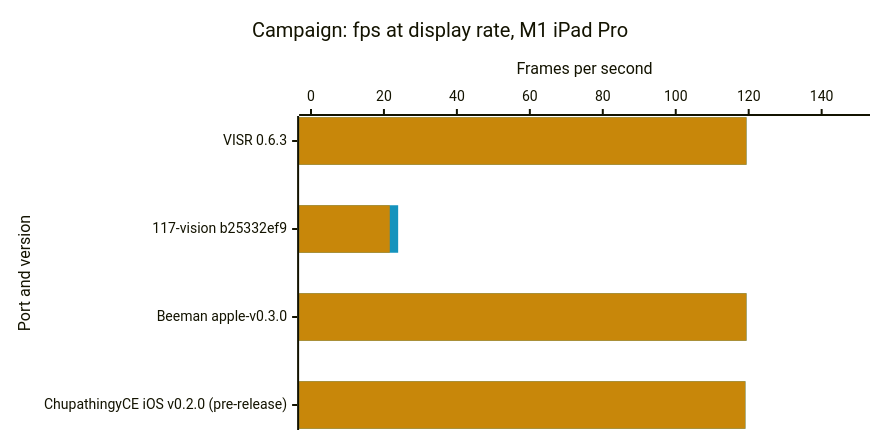
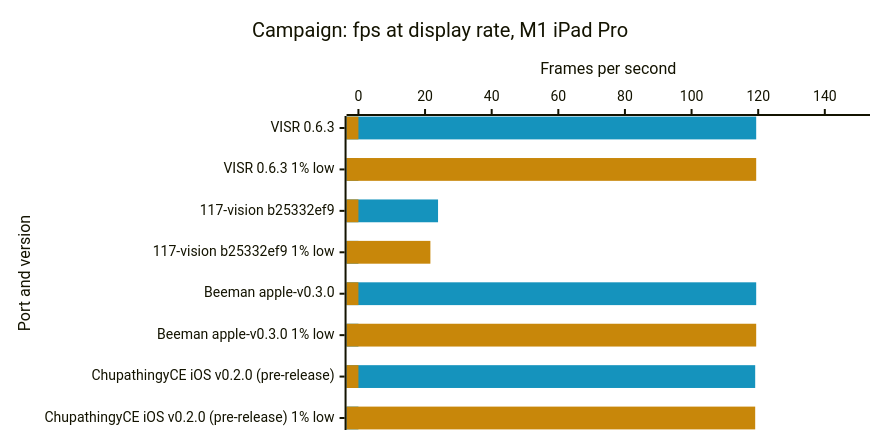
One commit to steverice/visr changed the second of 6 diagrams in docs/benchmarks.md. Above: the diagram before and after it, drawn with Mermaid. The commit also changed other lines of this file and 11 other files, not shown here.

First line of the commit message:
📝 docs(benchmarks): draw average and 1% low as separate adjacent bars, stop the notes joining as `.;`, and keep the On time column from wrapping — `charts.source` and `chartSource` now emit two rows per build with a value label on each bar, and a note the port already states is not repeated

````diff
--- a/docs/benchmarks.md
+++ b/docs/benchmarks.md
@@ -48,17 +48,17 @@
 ```mermaid
 ---
 config:
   xyChart:
     width: 860
     height: 420
   themeVariables:
     xyChart:
       plotColorPalette: "#1593bd, #c8870a"
 ---
 xychart-beta horizontal
     title "Campaign: fps at display rate, M1 iPad Pro"
-    x-axis "Port and version" ["VISR 0.6.3", "117-vision b25332ef9", "Beeman apple-v0.3.0", "ChupathingyCE iOS v0.2.0 (pre-release)"]
+    x-axis "Port and version" ["VISR 0.6.3", "VISR 0.6.3 1% low", "117-vision b25332ef9", "117-vision b25332ef9 1% low", "Beeman apple-v0.3.0", "Beeman apple-v0.3.0 1% low", "ChupathingyCE iOS v0.2.0 (pre-release)", "ChupathingyCE iOS v0.2.0 (pre-release) 1% low"]
     y-axis "Frames per second" 0 --> 150
-    bar [119.4, 23.9, 119.4, 119.1]
-    bar [119.4, 21.6, 119.4, 119.1]
+    bar [119.4, 0, 23.9, 0, 119.4, 0, 119.1, 0]
+    bar [0, 119.4, 0, 21.6, 0, 119.4, 0, 119.1]
 ```
````
